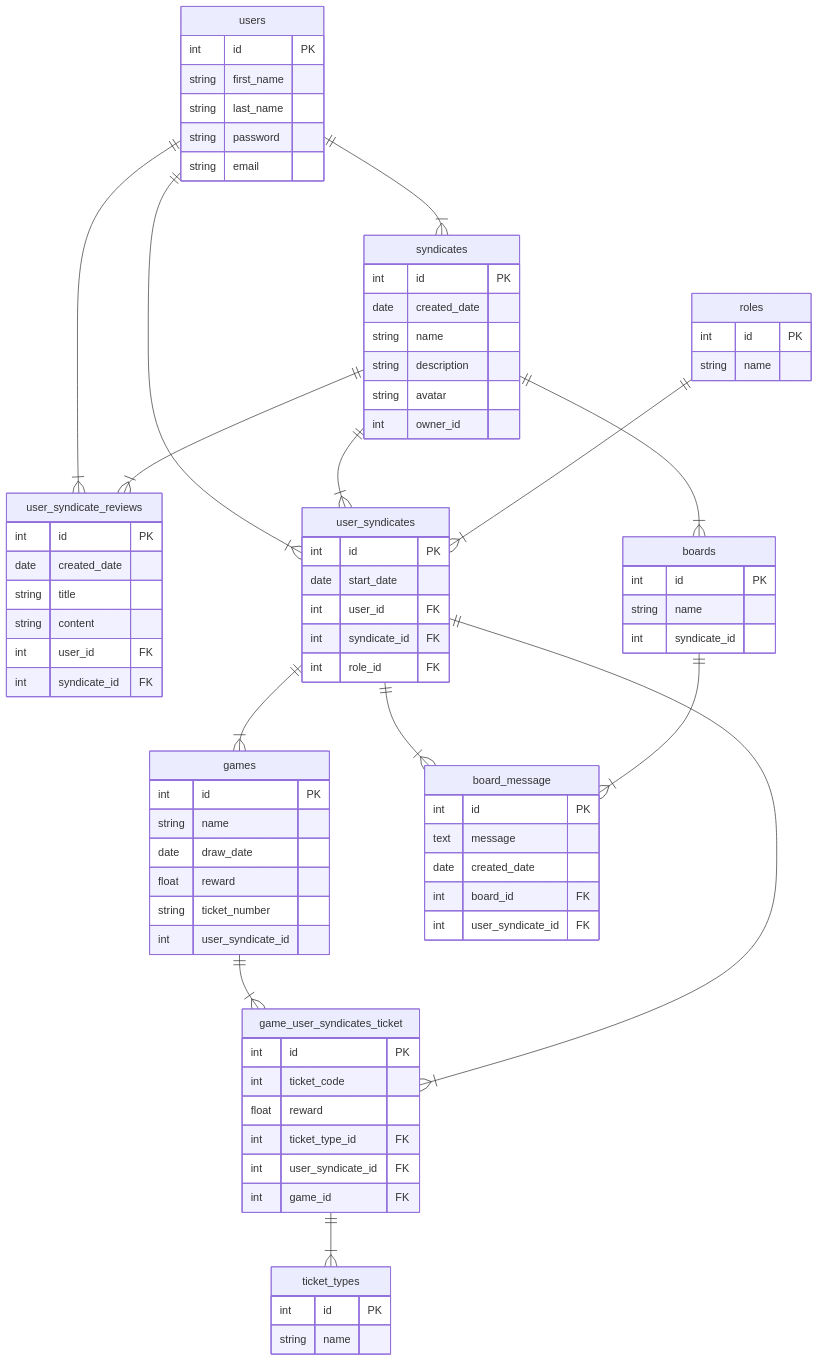
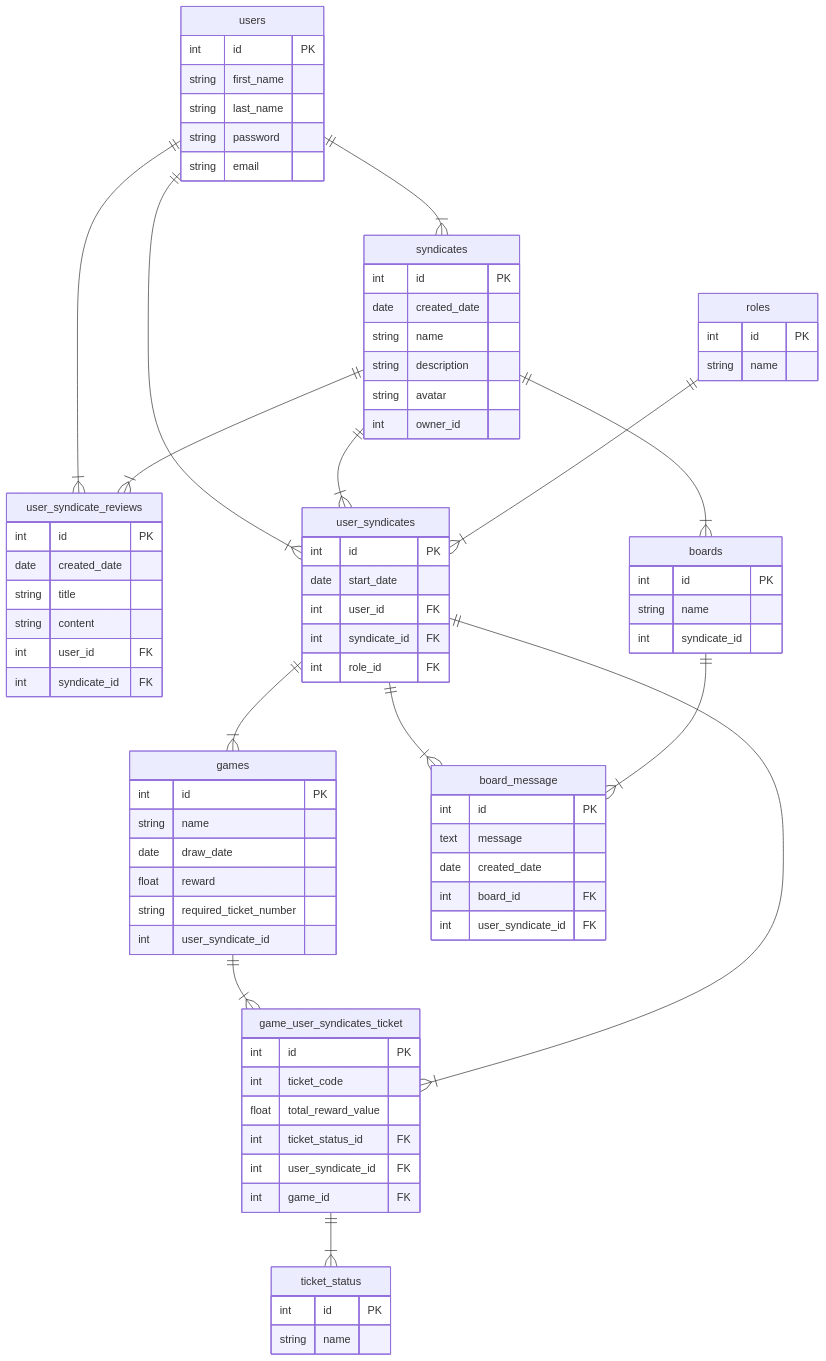
One commit to Thomasmckee123/lottosyndicatemanager changed the diagram in README.md. Above: the diagram before and after it, drawn with Mermaid. The commit also changed other lines of this file, not shown here.

```diff
--- a/README.md
+++ b/README.md
@@ -120,7 +134,7 @@
 roles ||--|{ user_syndicates : ""
 games ||--|{ game_user_syndicates_ticket: ""
 user_syndicates ||--|{ game_user_syndicates_ticket: ""
-game_user_syndicates_ticket||--|{ ticket_types: ""
+game_user_syndicates_ticket||--|{ ticket_status: ""
 user_syndicates ||--|{ board_message: ""
 user_syndicates ||--|{ games: ""
 boards ||--|{ board_message : "" 
@@ -171,15 +185,15 @@
     string name 
     date draw_date
     float reward
-    string ticket_number
+    string required_ticket_number
     int user_syndicate_id
     
 }
 game_user_syndicates_ticket{
     int id PK
     int ticket_code
-    float reward
-    int ticket_type_id FK
+    float total_reward_value
+    int ticket_status_id FK
     int user_syndicate_id FK
     int game_id FK
 }
@@ -196,7 +210,7 @@
     int user_syndicate_id FK
 }
 
-ticket_types{
+ticket_status{
     int id PK
     string name 
 }
```
